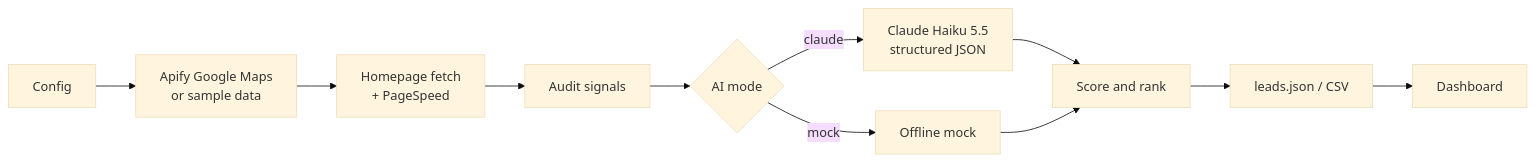
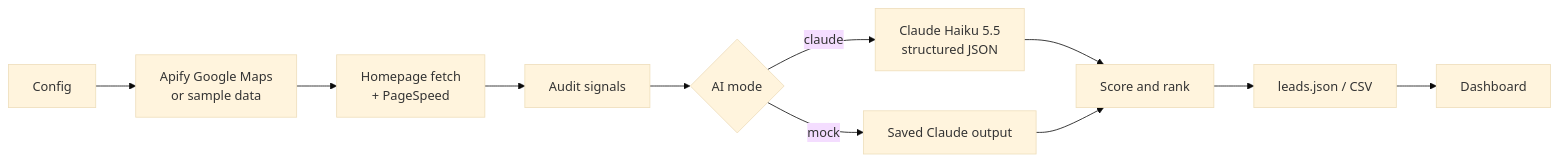
The diagram in README.md (moezkayy/apex-roofing-ai-leadgen), drawn with Mermaid (base theme) before and after one commit. The commit also changed other lines of this file and 1 other file, not shown here.

````diff
--- a/README.md
+++ b/README.md
@@ -21,13 +23,13 @@
 ```mermaid
 flowchart LR
     A[Config] --> B[Apify Google Maps<br/>or sample data]
     B --> C[Homepage fetch<br/>+ PageSpeed]
     C --> D[Audit signals]
     D --> E{AI mode}
     E -->|claude| F[Claude Haiku 5.5<br/>structured JSON]
-    E -->|mock| G[Offline mock]
+    E -->|mock| G[Saved Claude output]
     F --> H[Score and rank]
     G --> H
     H --> I[leads.json / CSV]
     I --> J[Dashboard]
 ```
````
